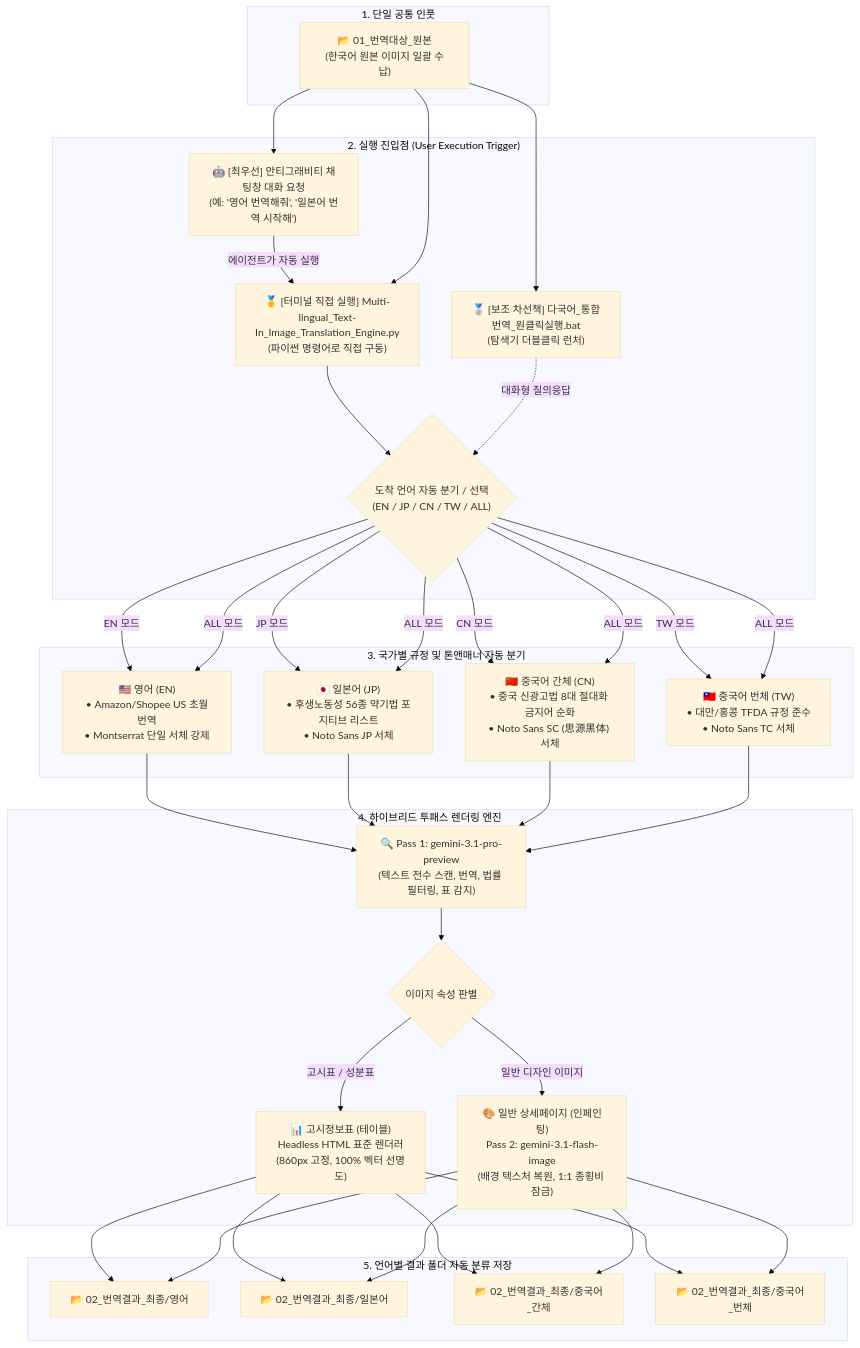
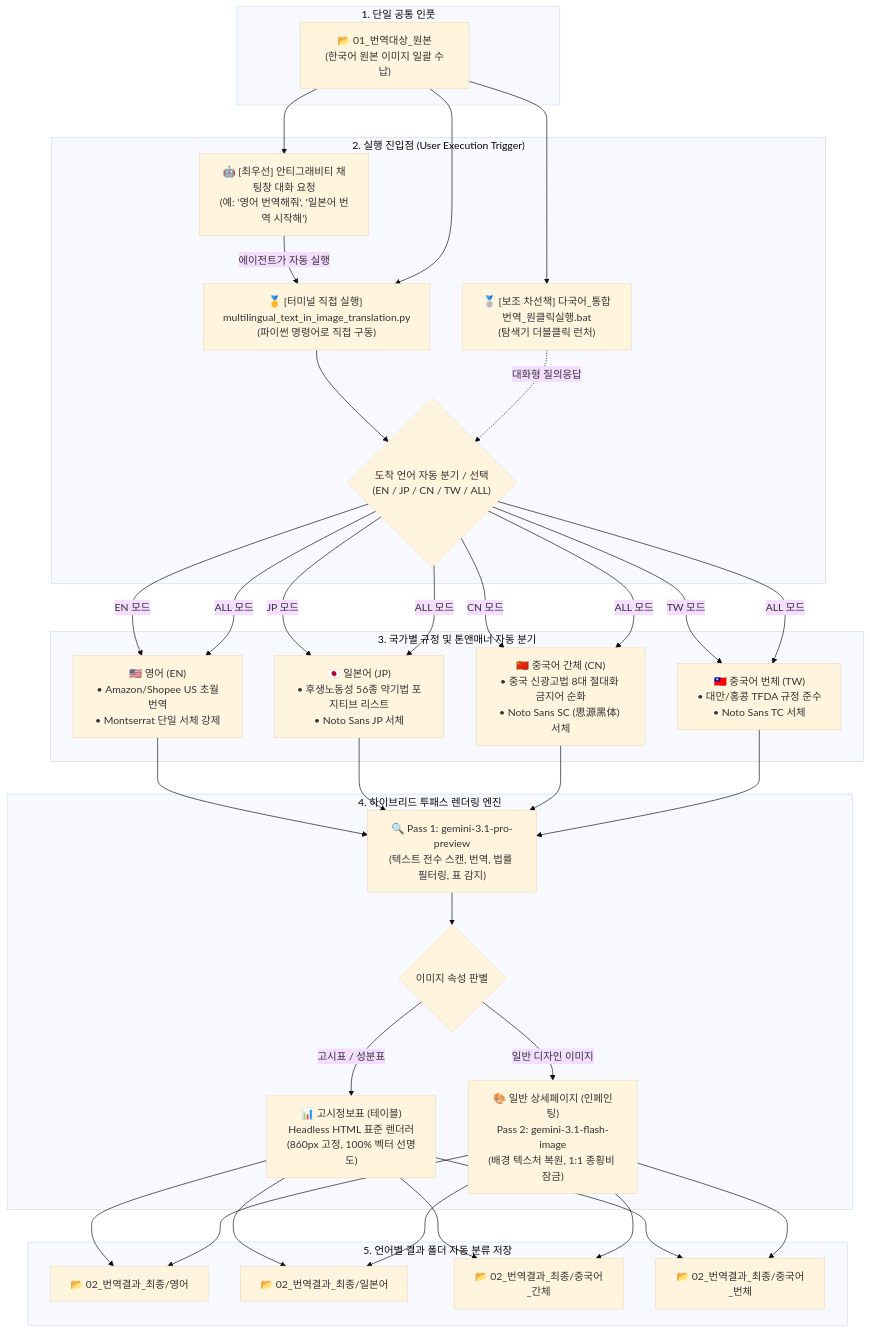
The diagram in README.md (euntaewoo/PANDORA), drawn with Mermaid (base theme) before and after one commit. The commit also changed other lines of this file and 4 other files, not shown here.

Commit message:
refactor: Standardize official project title to multilingual_text_in_image_translation across codebase and docs

````diff
--- a/README.md
+++ b/README.md
@@ -9,52 +9,52 @@
 ```mermaid
 flowchart TD
     subgraph S1["1. 단일 공통 인풋"]
         IN["📂 01_번역대상_원본<br/>(한국어 원본 이미지 일괄 수납)"]
     end
 
     subgraph S2["2. 실행 진입점 (User Execution Trigger)"]
         AGENT["🤖 [최우선] 안티그래비티 채팅창 대화 요청<br/>(예: '영어 번역해줘', '일본어 번역 시작해')"]
-        P_MAIN["🥇 [터미널 직접 실행] Multi-lingual_Text-In_Image_Translation_Engine.py<br/>(파이썬 명령어로 직접 구동)"]
+        P_MAIN["🥇 [터미널 직접 실행] multilingual_text_in_image_translation.py<br/>(파이썬 명령어로 직접 구동)"]
         BAT_SUB["🥈 [보조 차선책] 다국어_통합번역_원클릭실행.bat<br/>(탐색기 더블클릭 런처)"]
         
         AGENT -->|에이전트가 자동 실행| P_MAIN
         P_MAIN --> PROMPT{"도착 언어 자동 분기 / 선택<br/>(EN / JP / CN / TW / ALL)"}
         BAT_SUB -.->|대화형 질의응답| PROMPT
     end
 
     subgraph S3["3. 국가별 규정 및 톤앤매너 자동 분기"]
         EN["🇺🇸 영어 (EN)<br/>• Amazon/Shopee US 초월번역<br/>• Montserrat 단일 서체 강제"]
         JP["🇯🇵 일본어 (JP)<br/>• 후생노동성 56종 약기법 포지티브 리스트<br/>• Noto Sans JP 서체"]
         CN["🇨🇳 중국어 간체 (CN)<br/>• 중국 신광고법 8대 절대화 금지어 순화<br/>• Noto Sans SC (思源黑体) 서체"]
         TW["🇹🇼 중국어 번체 (TW)<br/>• 대만/홍콩 TFDA 규정 준수<br/>• Noto Sans TC 서체"]
     end
 
     subgraph S4["4. 하이브리드 투패스 렌더링 엔진"]
         P1["🔍 Pass 1: gemini-3.1-pro-preview<br/>(텍스트 전수 스캔, 번역, 법률 필터링, 표 감지)"]
         DECIDE{"이미지 속성 판별"}
         
         HTML["📊 고시정보표 (테이블)<br/>Headless HTML 표준 렌더러<br/>(860px 고정, 100% 벡터 선명도)"]
         P2["🎨 일반 상세페이지 (인페인팅)<br/>Pass 2: gemini-3.1-flash-image<br/>(배경 텍스처 복원, 1:1 종횡비 잠금)"]
         
         P1 --> DECIDE
         DECIDE -->|고시표 / 성분표| HTML
         DECIDE -->|일반 디자인 이미지| P2
     end
 
     subgraph S5["5. 언어별 결과 폴더 자동 분류 저장"]
         OUT_EN["📂 02_번역결과_최종/영어"]
         OUT_JP["📂 02_번역결과_최종/일본어"]
         OUT_CN["📂 02_번역결과_최종/중국어_간체"]
         OUT_TW["📂 02_번역결과_최종/중국어_번체"]
     end
 
     IN --> AGENT & P_MAIN & BAT_SUB
     PROMPT -->|EN 모드| EN
     PROMPT -->|JP 모드| JP
     PROMPT -->|CN 모드| CN
     PROMPT -->|TW 모드| TW
     PROMPT -->|ALL 모드| EN & JP & CN & TW
 
     EN & JP & CN & TW --> P1
     HTML & P2 --> OUT_EN & OUT_JP & OUT_CN & OUT_TW
 ```
````
